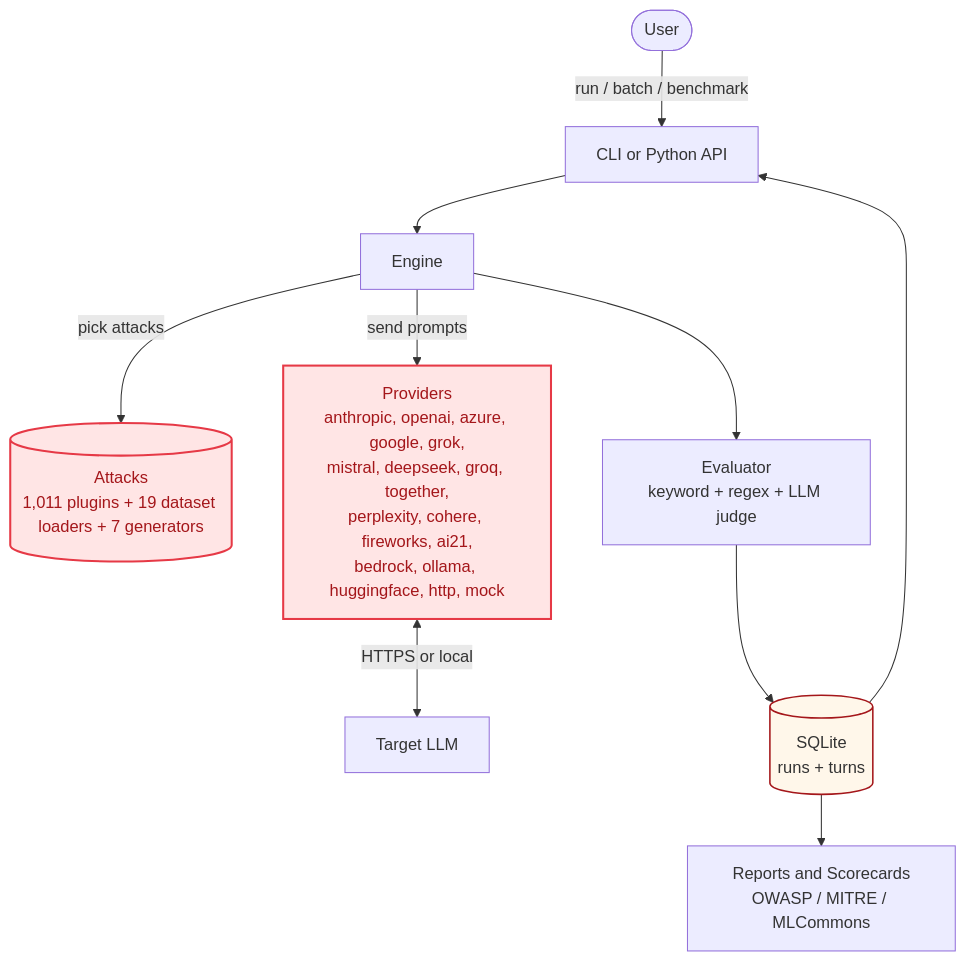
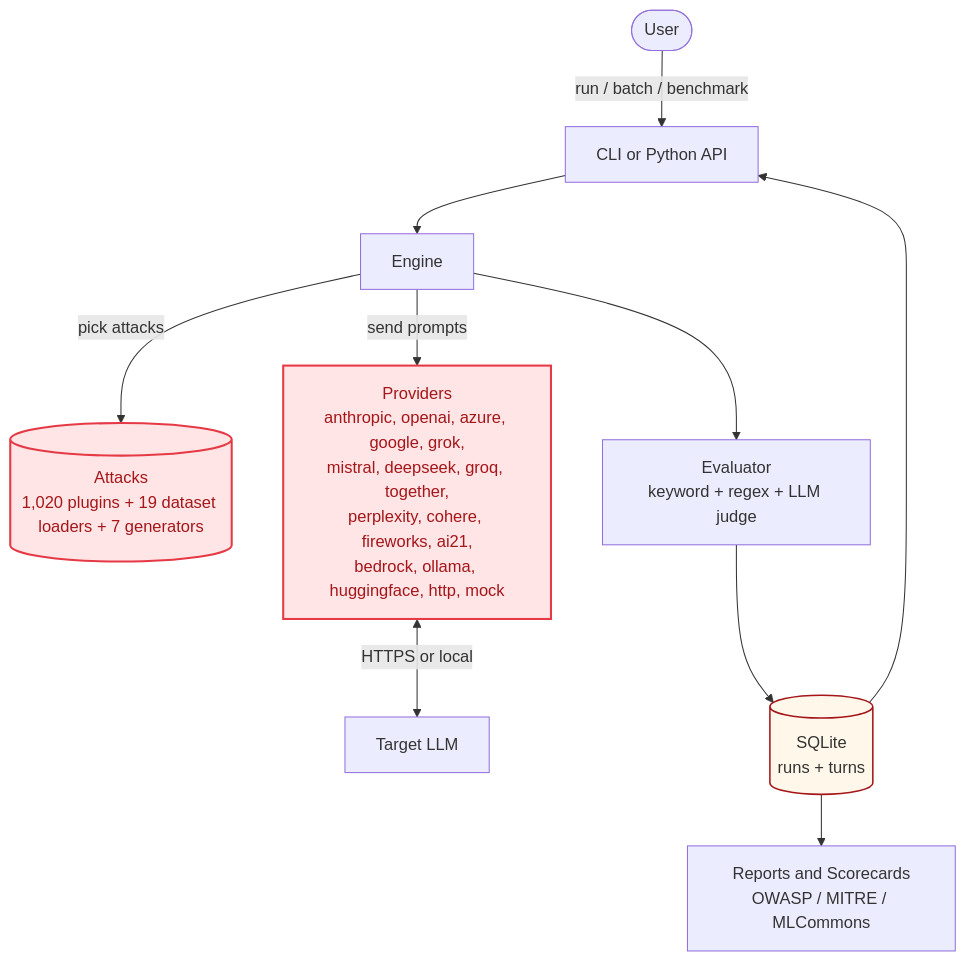
Before and after one commit to BILLKISHORE/ai-evals: the first of 2 diagrams in docs/architecture/overview.mdx, drawn with Mermaid. The commit also changed other lines of this file and 2 other files, not shown here.

Commit message:
docs: sync site counts with code (1,020 attacks, 61 categories, 3,059 tests, 9 standards)

````diff
--- a/docs/architecture/overview.mdx
+++ b/docs/architecture/overview.mdx
@@ -20,17 +20,17 @@
 ```mermaid
 flowchart TB
     User([User]) -->|run / batch / benchmark| CLI[CLI or Python API]
     CLI --> Engine[Engine]
-    Engine -->|pick attacks| Attacks[(Attacks<br/>1,011 plugins + 19 dataset loaders + 7 generators)]
+    Engine -->|pick attacks| Attacks[(Attacks<br/>1,020 plugins + 19 dataset loaders + 7 generators)]
     Engine -->|send prompts| Providers[Providers<br/>anthropic, openai, azure, google, grok,<br/>mistral, deepseek, groq, together,<br/>perplexity, cohere, fireworks, ai21,<br/>bedrock, ollama, huggingface, http, mock]
     Providers <-->|HTTPS or local| Model[Target LLM]
     Engine --> Evaluator[Evaluator<br/>keyword + regex + LLM judge]
     Evaluator --> Storage[(SQLite<br/>runs + turns)]
     Storage --> Reports[Reports and Scorecards<br/>OWASP / MITRE / MLCommons]
     Storage --> CLI
 
     classDef plugin fill:#FFE5E5,stroke:#E63946,stroke-width:2px,color:#A4161A
     classDef store fill:#FFF7EA,stroke:#A4161A,stroke-width:1.5px
     class Attacks,Providers plugin
     class Storage store
 ```
````
